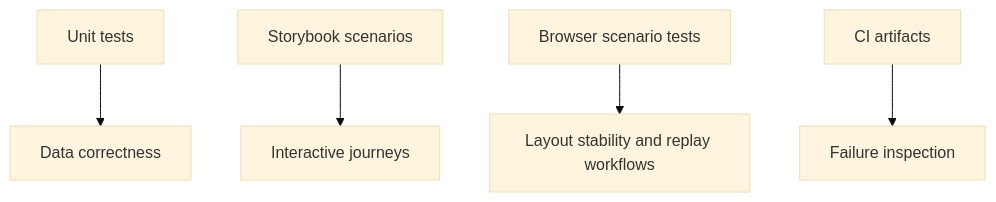
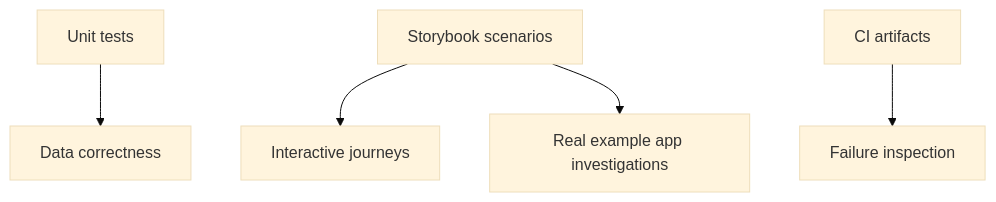
The fourth of 4 diagrams in packages/admin/TSD.md (reatom/reatom), drawn with Mermaid (base theme) before and after one commit. The commit also changed other lines of this file and 9 other files, not shown here.

Commit message:
refactor: drop admin browser scenario pipeline

````diff
--- a/packages/admin/TSD.md
+++ b/packages/admin/TSD.md
@@ -241,7 +241,7 @@
 ```mermaid
 flowchart TD
   A[Unit tests] --> B[Data correctness]
   C[Storybook scenarios] --> D[Interactive journeys]
-  E[Browser scenario tests] --> F[Layout stability and replay workflows]
-  G[CI artifacts] --> H[Failure inspection]
+  C --> E[Real example app investigations]
+  F[CI artifacts] --> G[Failure inspection]
 ```
````
